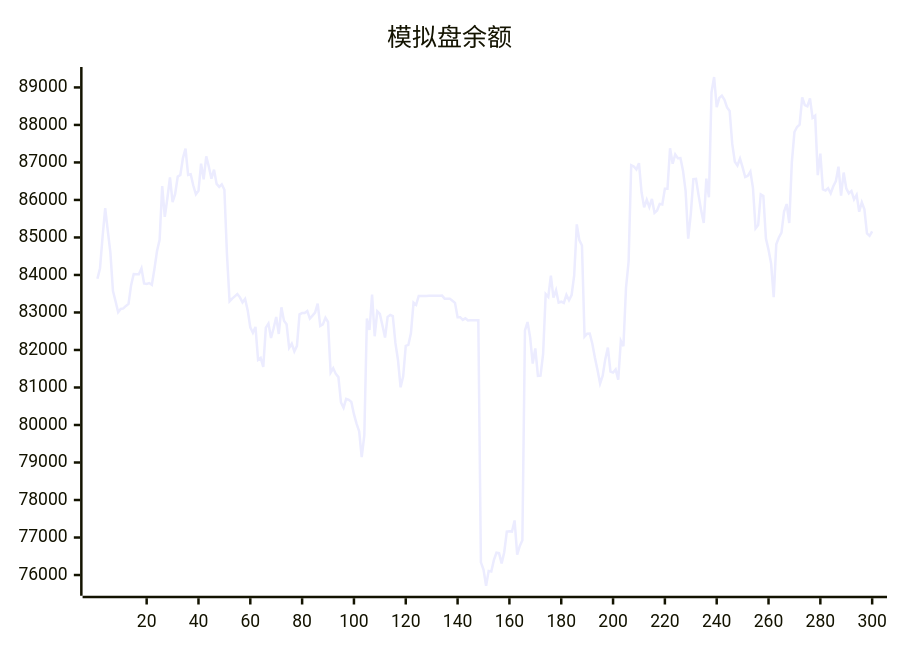
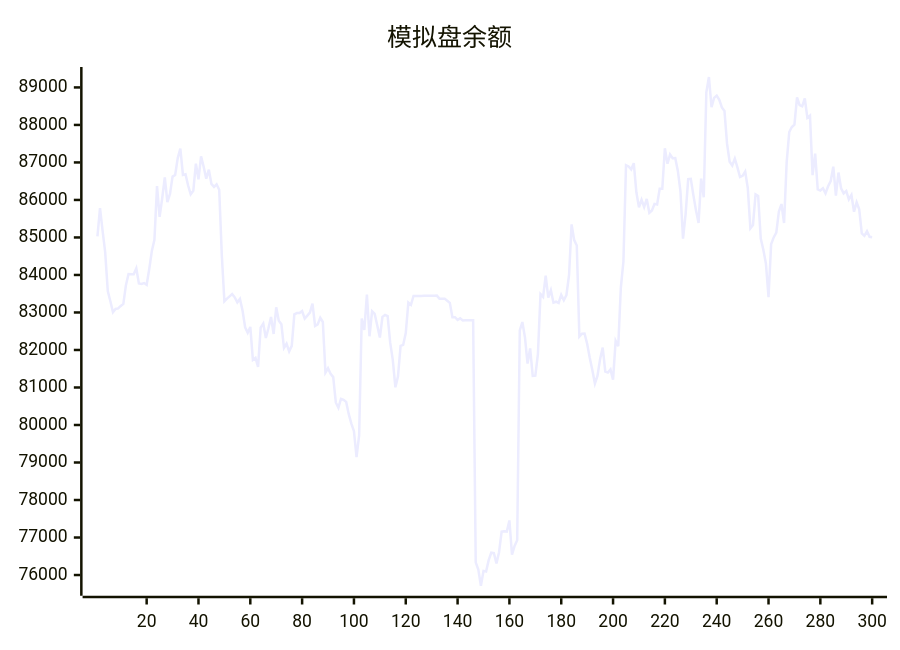
Before and after one commit to aahl/ai-trading: the diagram in README.md, drawn with Mermaid. The commit also changed other lines of this file and 1 other file, not shown here.

````diff
--- a/README.md
+++ b/README.md
@@ -5,5 +5,5 @@
 ```mermaid
 xychart
     title "模拟盘余额"
-    line [83898,84180,85030,85781,85178,84604,83569,83298,83008,83093,83107,83175,83228,83729,84025,84017,84019,84177,83775,83762,83785,83738,84160,84639,84939,86370,85548,86046,86599,85942,86161,86622,86664,87115,87369,86666,86685,86384,86152,86243,86969,86548,87164,86885,86566,86809,86427,86348,86417,86273,84538,83299,83369,83430,83490,83404,83270,83362,83056,82605,82459,82614,81734,81788,81551,82598,82702,82320,82580,82878,82426,83139,82778,82686,82056,82166,81963,82110,82951,82983,82984,83038,82838,82915,82998,83235,82642,82682,82858,82746,81396,81512,81362,81277,80600,80461,80699,80673,80616,80288,80038,79836,79142,79722,82837,82533,83480,82366,83032,82960,82654,82330,82883,82934,82901,82188,81728,81005,81298,82110,82135,82449,83264,83203,83440,83439,83440,83440,83446,83447,83448,83447,83448,83449,83369,83369,83369,83313,83256,82872,82873,82801,82844,82785,82791,82791,82793,82794,76339,76145,75714,76110,76096,76397,76594,76585,76310,76607,77160,77170,77160,77456,76541,76774,76927,82520,82744,82337,81639,82040,81307,81314,81887,83490,83414,83984,83396,83594,83261,83287,83253,83470,83327,83465,83987,85348,84930,84786,82355,82433,82438,82167,81795,81466,81105,81315,81756,82064,81426,81398,81481,81210,82242,82099,83658,84359,86925,86892,86814,86980,86203,85802,86003,85811,86028,85657,85721,85896,85880,86300,86299,87378,86965,87214,87115,87118,86780,86238,84966,85623,86555,86562,86129,85722,85387,86569,86070,88870,89278,88477,88720,88781,88668,88467,88372,87493,87018,86917,87102,86870,86613,86644,86758,86317,85242,85334,86149,86106,84968,84671,84302,83410,84816,85001,85127,85693,85891,85384,87001,87811,87945,88007,88734,88528,88495,88705,88189,88248,86662,87234,86279,86251,86314,86177,86364,86503,86886,86114,86731,86310,86176,86240,86017,86136,85685,85938,85749,85111,85044,85164]
+    line [85030,85781,85178,84604,83569,83298,83008,83093,83107,83175,83228,83729,84025,84017,84019,84177,83775,83762,83785,83738,84160,84639,84939,86370,85548,86046,86599,85942,86161,86622,86664,87115,87369,86666,86685,86384,86152,86243,86969,86548,87164,86885,86566,86809,86427,86348,86417,86273,84538,83299,83369,83430,83490,83404,83270,83362,83056,82605,82459,82614,81734,81788,81551,82598,82702,82320,82580,82878,82426,83139,82778,82686,82056,82166,81963,82110,82951,82983,82984,83038,82838,82915,82998,83235,82642,82682,82858,82746,81396,81512,81362,81277,80600,80461,80699,80673,80616,80288,80038,79836,79142,79722,82837,82533,83480,82366,83032,82960,82654,82330,82883,82934,82901,82188,81728,81005,81298,82110,82135,82449,83264,83203,83440,83439,83440,83440,83446,83447,83448,83447,83448,83449,83369,83369,83369,83313,83256,82872,82873,82801,82844,82785,82791,82791,82793,82794,76339,76145,75714,76110,76096,76397,76594,76585,76310,76607,77160,77170,77160,77456,76541,76774,76927,82520,82744,82337,81639,82040,81307,81314,81887,83490,83414,83984,83396,83594,83261,83287,83253,83470,83327,83465,83987,85348,84930,84786,82355,82433,82438,82167,81795,81466,81105,81315,81756,82064,81426,81398,81481,81210,82242,82099,83658,84359,86925,86892,86814,86980,86203,85802,86003,85811,86028,85657,85721,85896,85880,86300,86299,87378,86965,87214,87115,87118,86780,86238,84966,85623,86555,86562,86129,85722,85387,86569,86070,88870,89278,88477,88720,88781,88668,88467,88372,87493,87018,86917,87102,86870,86613,86644,86758,86317,85242,85334,86149,86106,84968,84671,84302,83410,84816,85001,85127,85693,85891,85384,87001,87811,87945,88007,88734,88528,88495,88705,88189,88248,86662,87234,86279,86251,86314,86177,86364,86503,86886,86114,86731,86310,86176,86240,86017,86136,85685,85938,85749,85111,85044,85164,85016,85008]
 ```
````
